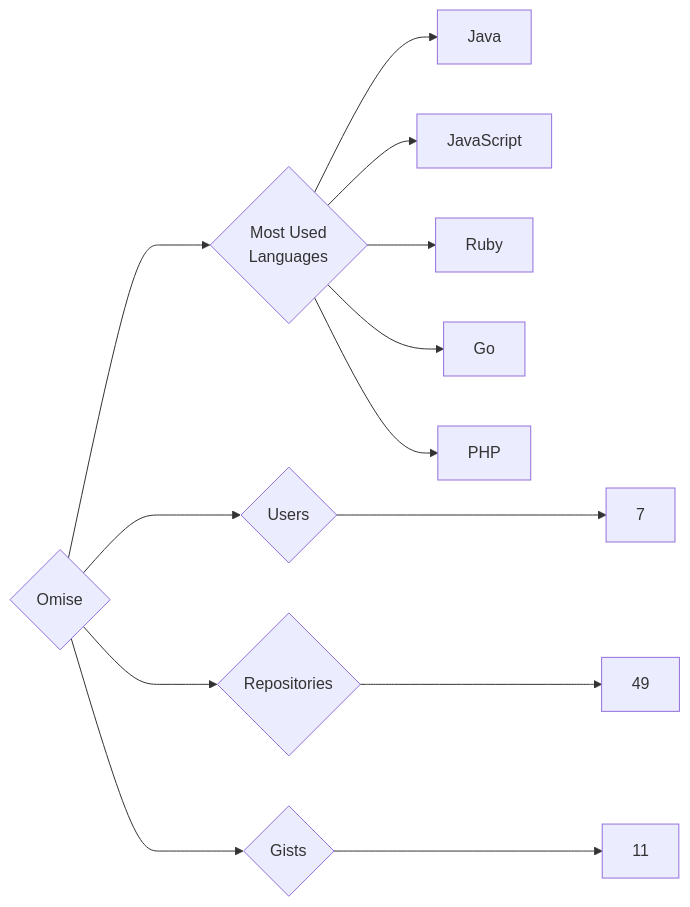
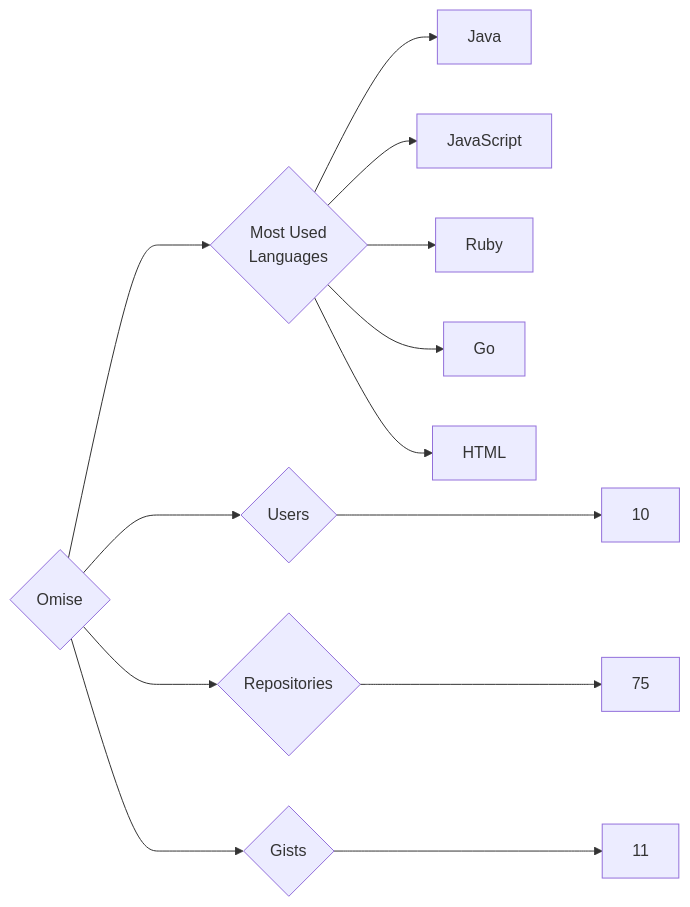
One commit to trickest/insiders changed the diagram in targets/Omise/README.md. Above: the diagram before and after it, drawn with Mermaid. The commit also changed 870 other files, not shown here.

````diff
--- a/targets/Omise/README.md
+++ b/targets/Omise/README.md
@@ -3,13 +3,13 @@
 ```mermaid
 graph LR
 COMPANY_NAME{Omise}
-COMPANY_NAME ---> U{Users} ---> UN[7]
-COMPANY_NAME ---> R{Repositories} ---> RN[49]
+COMPANY_NAME ---> U{Users} ---> UN[10]
+COMPANY_NAME ---> R{Repositories} ---> RN[75]
 COMPANY_NAME ---> G{Gists} ---> GN[11]
 COMPANY_NAME ---> ML{Most Used<br>Languages}
 ML --> Java[Java]
 ML --> JavaScript[JavaScript]
 ML --> Ruby[Ruby]
 ML --> Go[Go]
-ML --> PHP[PHP]
+ML --> HTML[HTML]
 ```
````
